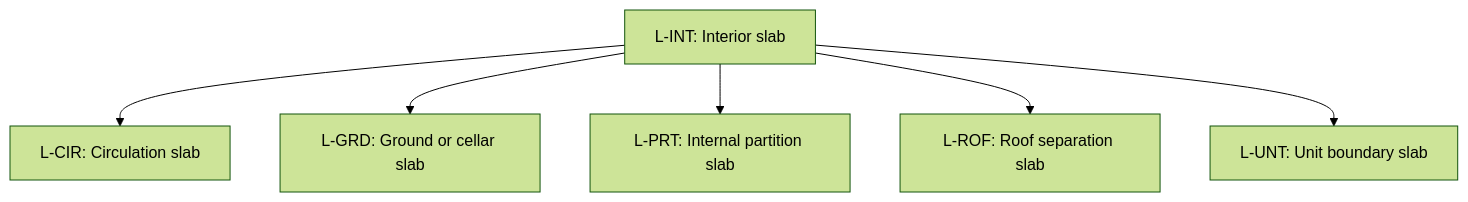
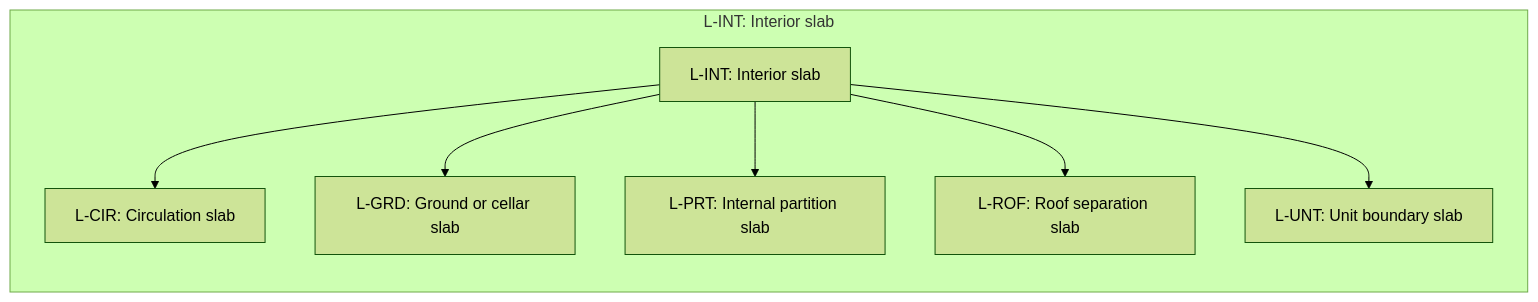
Before and after one commit to simondilhas/pragmatic-bim-data-contract: the diagram in site/classification/separator-slab-role.md, drawn with Mermaid (forest theme). The commit also changed 561 other files, not shown here.

First line of the commit message:
Integrate Mermaid and Panzoom for enhanced documentation visualization

````diff
--- a/site/classification/separator-slab-role.md
+++ b/site/classification/separator-slab-role.md
@@ -15,8 +15,11 @@
 ```mermaid
 flowchart TD
-  n_L_INT["L-INT: Interior slab"] --> n_L_CIR["L-CIR: Circulation slab"]
-  n_L_INT["L-INT: Interior slab"] --> n_L_GRD["L-GRD: Ground or cellar slab"]
-  n_L_INT["L-INT: Interior slab"] --> n_L_PRT["L-PRT: Internal partition slab"]
-  n_L_INT["L-INT: Interior slab"] --> n_L_ROF["L-ROF: Roof separation slab"]
-  n_L_INT["L-INT: Interior slab"] --> n_L_UNT["L-UNT: Unit boundary slab"]
+  subgraph root_L_INT ["L-INT: Interior slab"]
+    direction TB
+    n_L_INT["L-INT: Interior slab"] --> n_L_CIR["L-CIR: Circulation slab"]
+    n_L_INT["L-INT: Interior slab"] --> n_L_GRD["L-GRD: Ground or cellar slab"]
+    n_L_INT["L-INT: Interior slab"] --> n_L_PRT["L-PRT: Internal partition slab"]
+    n_L_INT["L-INT: Interior slab"] --> n_L_ROF["L-ROF: Roof separation slab"]
+    n_L_INT["L-INT: Interior slab"] --> n_L_UNT["L-UNT: Unit boundary slab"]
+  end
 ```
````
